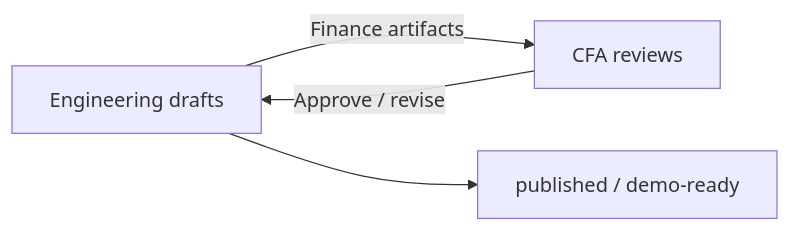
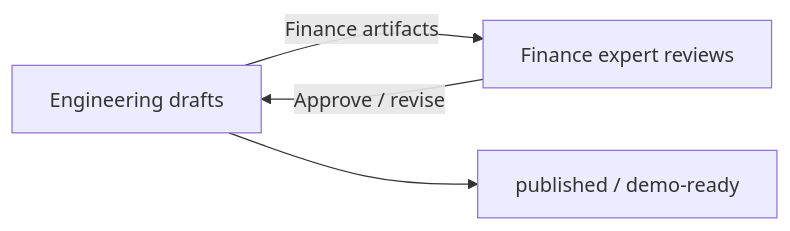
Before and after one commit to goyalggaurav/Zstate: the diagram in docs/EXPERT_REVIEW_WORKFLOW.md, drawn with Mermaid. The commit also changed other lines of this file and 10 other files, not shown here.

First line of the commit message:
Adopt expert-reviewed credential policy and name finance team.

````diff
--- a/docs/EXPERT_REVIEW_WORKFLOW.md
+++ b/docs/EXPERT_REVIEW_WORKFLOW.md
@@ -27,10 +32,10 @@
 ```mermaid
 flowchart LR
     ENG[Engineering drafts]
-    CFA[CFA reviews]
+    FIN[Finance expert reviews]
     PUB[published / demo-ready]
 
-    ENG -->|"Finance artifacts"| CFA
-    CFA -->|"Approve / revise"| ENG
+    ENG -->|"Finance artifacts"| FIN
+    FIN -->|"Approve / revise"| ENG
     ENG --> PUB
 ```
````
